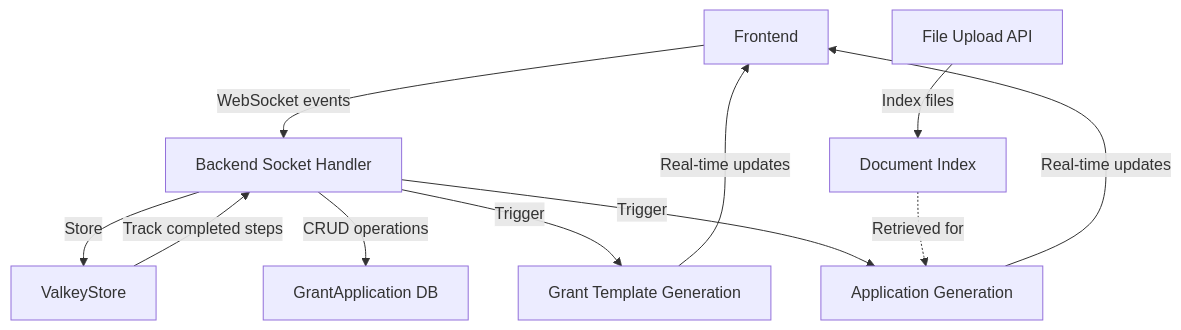
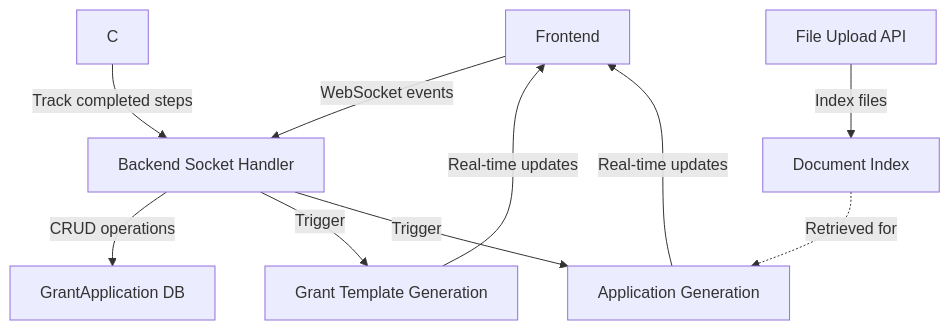
Before and after one commit to grantflow-ai/grantflow: the third of 3 diagrams in diagrams/backend/grant_application_wizard.md, drawn with Mermaid. The commit also changed 83 other files, not shown here.

````diff
--- a/diagrams/backend/grant_application_wizard.md
+++ b/diagrams/backend/grant_application_wizard.md
@@ -80,13 +80,12 @@
 ```mermaid
 flowchart TD
     A[Frontend] -->|WebSocket events| B[Backend Socket Handler]
-    B -->|Store| C[ValkeyStore]
     C -->|Track completed steps| B
     B -->|CRUD operations| D[GrantApplication DB]
     B -->|Trigger| E[Grant Template Generation]
     B -->|Trigger| F[Application Generation]
     E -->|Real-time updates| A
     F -->|Real-time updates| A
     G[File Upload API] -->|Index files| H[Document Index]
     H -.->|Retrieved for| F
 ```
````
